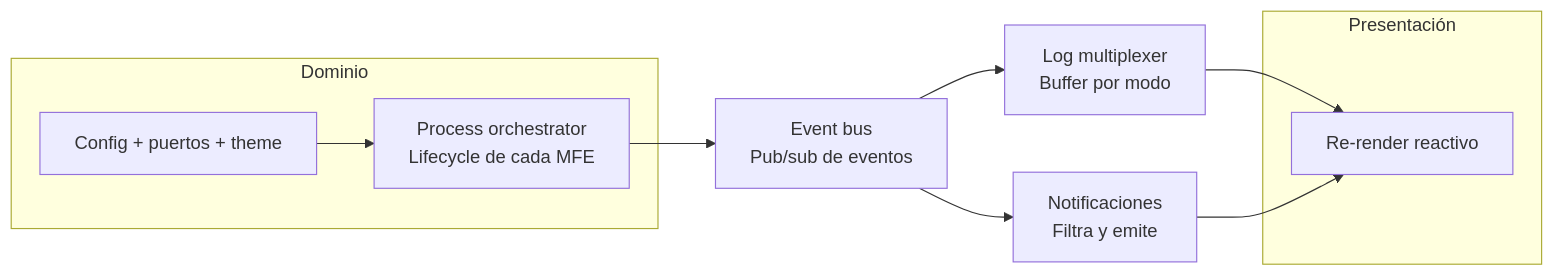
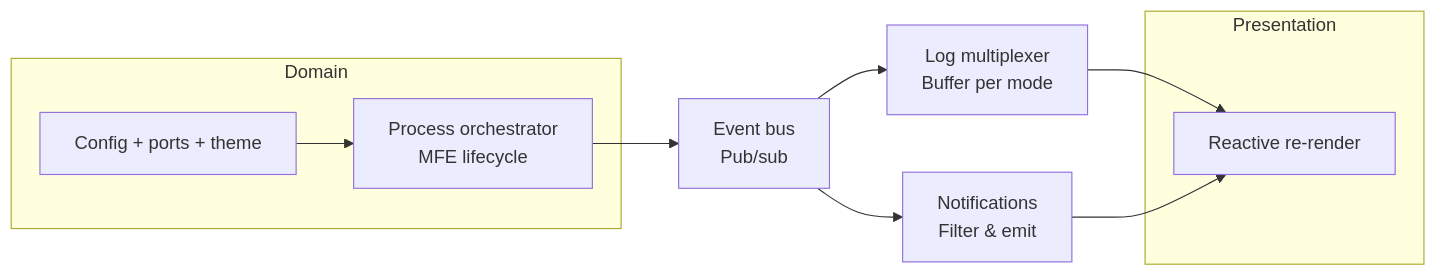
One commit to EKOU-Solutions/ekou-devtools changed the second of 5 diagrams in docs/architecture.md. Above: the diagram before and after it, drawn with Mermaid. The commit also changed other lines of this file and 1 other file, not shown here.

First line of the commit message:
docs: translate architecture and README to English

````diff
--- a/docs/architecture.md
+++ b/docs/architecture.md
@@ -76,20 +76,20 @@
 ```mermaid
 flowchart LR
-    subgraph domain["Dominio"]
-        cfg["Config + puertos + theme"]
-        orch["Process orchestrator\nLifecycle de cada MFE"]
+    subgraph domain["Domain"]
+        cfg["Config + ports + theme"]
+        orch["Process orchestrator\nMFE lifecycle"]
     end
-    bus["Event bus\nPub/sub de eventos"]
-    log["Log multiplexer\nBuffer por modo"]
-    notif["Notificaciones\nFiltra y emite"]
-    subgraph pres["Presentación"]
-        tui["Re-render reactivo"]
+    bus["Event bus\nPub/sub"]
+    log["Log multiplexer\nBuffer per mode"]
+    notif["Notifications\nFilter & emit"]
+    subgraph pres["Presentation"]
+        tui["Reactive re-render"]
     end
 
     cfg --> orch
     orch --> bus
     bus --> log
     bus --> notif
     log --> tui
     notif --> tui
 ```
````
